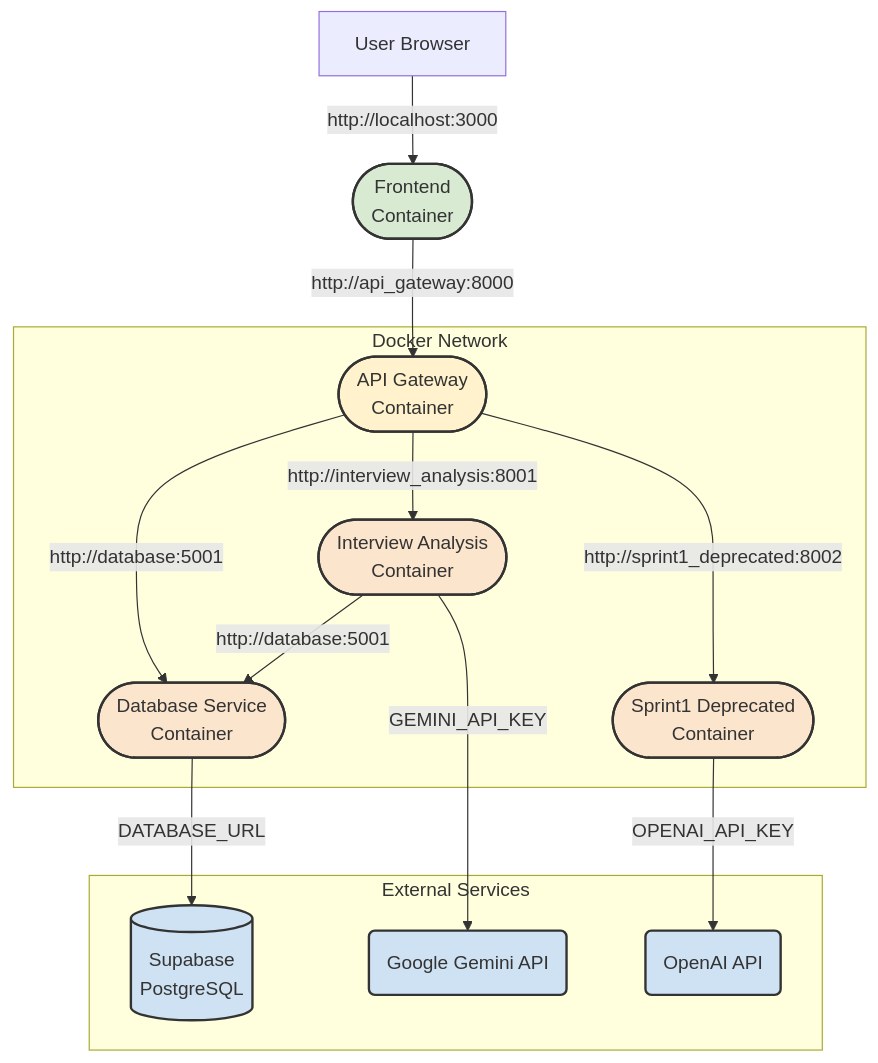
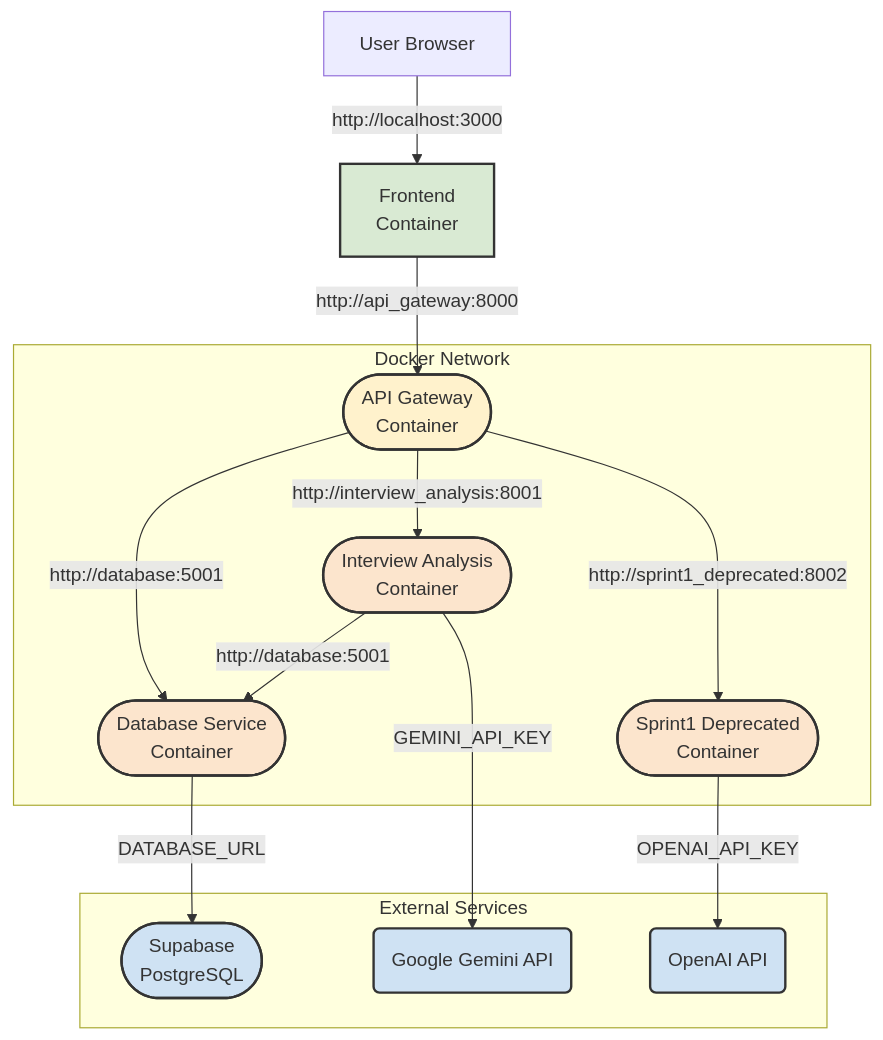
Before and after one commit to HarryLiu2003/Navi_CFCI: the second of 2 diagrams in docs/02_architecture.md, drawn with Mermaid. The commit also changed other lines of this file, not shown here.

Commit message:
hosted on Vercel + Google Cloud

````diff
--- a/docs/02_architecture.md
+++ b/docs/02_architecture.md
@@ -94,27 +94,27 @@
 ```mermaid
 graph TD
-    User[User Browser] -->|http://localhost:3000| FE([Frontend<br>Container]);
-    FE -->|http://api_gateway:8000| APIGW([API Gateway<br>Container]);
+    User[User Browser] -->|"http://localhost:3000"| FE["Frontend<br>Container"];
+    FE -->|"http://api_gateway:8000"| APIGW([API Gateway<br>Container]);
     
     subgraph Docker Network
-      APIGW -->|http://interview_analysis:8001| IA([Interview Analysis<br>Container]);
-      APIGW -->|http://database:5001| DBService([Database Service<br>Container]);
-      APIGW -->|http://sprint1_deprecated:8002| S1([Sprint1 Deprecated<br>Container]);
-      IA -->|http://database:5001| DBService;
+      APIGW -->|"http://interview_analysis:8001"| IA([Interview Analysis<br>Container]);
+      APIGW -->|"http://database:5001"| DBService([Database Service<br>Container]);
+      APIGW -->|"http://sprint1_deprecated:8002"| S1([Sprint1 Deprecated<br>Container]);
+      IA -->|"http://database:5001"| DBService;
     end
 
     subgraph External Services
-      DBService -->|DATABASE_URL| PG[(Supabase<br>PostgreSQL)];
+      DBService -->|DATABASE_URL| PG([Supabase<br>PostgreSQL]);
       IA --> |GEMINI_API_KEY| Gemini(Google Gemini API);
       S1 --> |OPENAI_API_KEY| OpenAI(OpenAI API);
     end
 
     style FE fill:#D9EAD3,stroke:#333,stroke-width:2px
     style APIGW fill:#FFF2CC,stroke:#333,stroke-width:2px
     style IA fill:#FCE5CD,stroke:#333,stroke-width:2px
     style DBService fill:#FCE5CD,stroke:#333,stroke-width:2px
     style S1 fill:#FCE5CD,stroke:#333,stroke-width:2px
     style PG fill:#CFE2F3,stroke:#333,stroke-width:2px
     style Gemini fill:#CFE2F3,stroke:#333,stroke-width:2px
     style OpenAI fill:#CFE2F3,stroke:#333,stroke-width:2px
 ```
````
